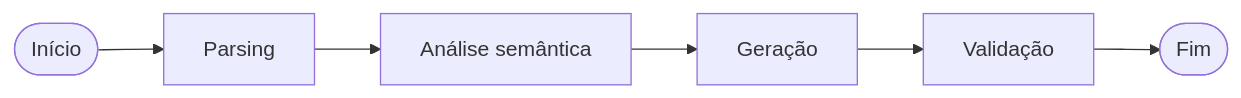
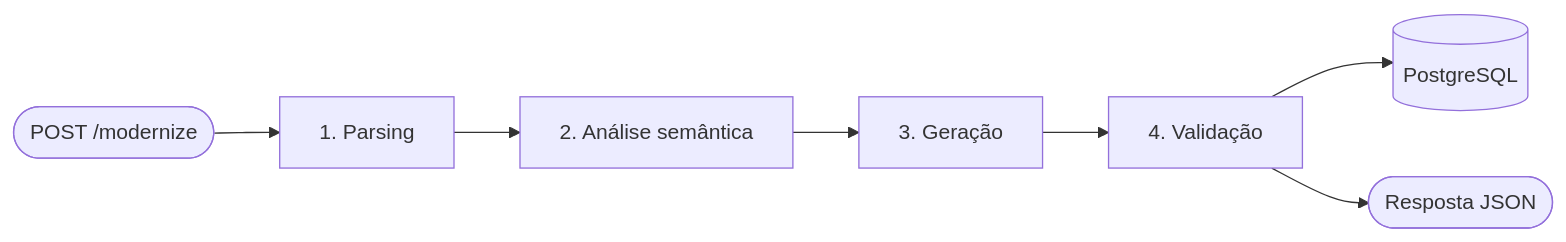
Before and after one commit to mathvirgilio/technical-challenge-hybrid-pipeline: the first of 2 diagrams in README.md, drawn with Mermaid. The commit also changed other lines of this file and 8 other files, not shown here.

````diff
--- a/README.md
+++ b/README.md
@@ -16,8 +75,9 @@
 ```mermaid
 flowchart LR
-  START([Início]) --> parsing[Parsing]
-  parsing --> analysis[Análise semântica]
-  analysis --> generation[Geração]
-  generation --> validation[Validação]
-  validation --> END([Fim])
+  START([POST /modernize]) --> parsing[1. Parsing]
+  parsing --> analysis[2. Análise semântica]
+  analysis --> generation[3. Geração]
+  generation --> validation[4. Validação]
+  validation --> persist[(PostgreSQL)]
+  validation --> END([Resposta JSON])
 ```
````
